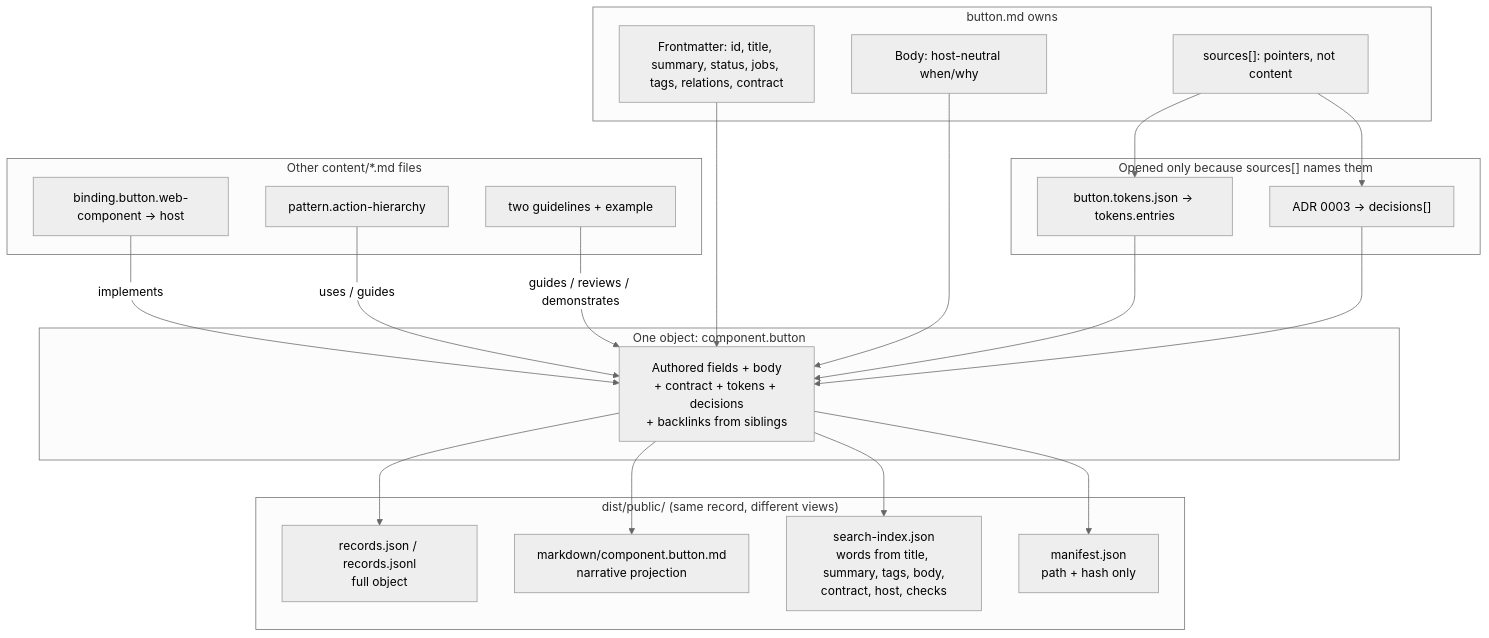
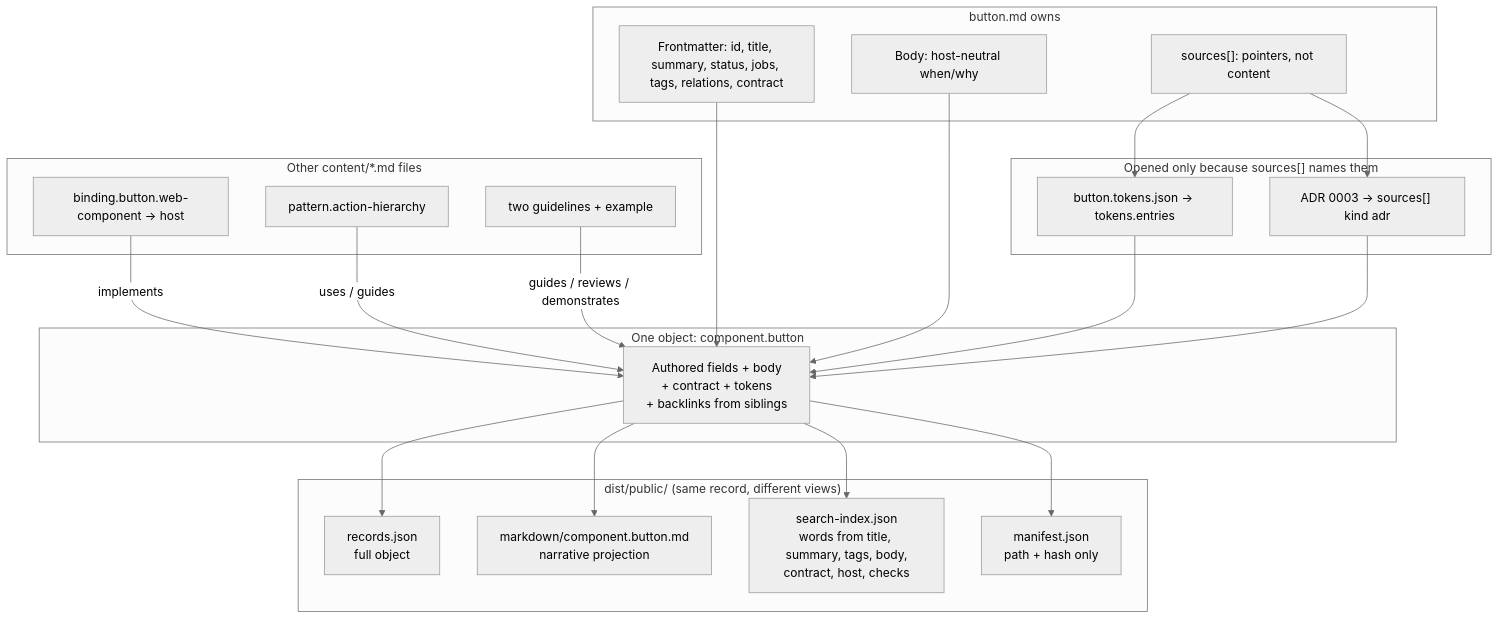
Before and after one commit to stevegreco/taproot: the diagram in docs/knowledge/README.md, drawn with Mermaid (neutral theme). The commit also changed other lines of this file and 16 other files, not shown here.

First line of the commit message:
feat(knowledge): emit internal bundles on demand and drop ADR decisions[]

````diff
--- a/docs/knowledge/README.md
+++ b/docs/knowledge/README.md
@@ -57,44 +58,44 @@
 ```mermaid
 flowchart TB
   subgraph authored["button.md owns"]
     FM["Frontmatter: id, title, summary, status, jobs, tags, relations, contract"]
     BODY["Body: host-neutral when/why"]
     SRC["sources[]: pointers, not content"]
   end
 
   subgraph domain["Opened only because sources[] names them"]
     TOK["button.tokens.json → tokens.entries"]
-    ADR["ADR 0003 → decisions[]"]
+    ADR["ADR 0003 → sources[] kind adr"]
   end
 
   subgraph siblings["Other content/*.md files"]
     BIND["binding.button.web-component → host"]
     PAT["pattern.action-hierarchy"]
     GL["two guidelines + example"]
   end
 
   subgraph record["One object: component.button"]
-    R["Authored fields + body<br/>+ contract + tokens + decisions<br/>+ backlinks from siblings"]
+    R["Authored fields + body<br/>+ contract + tokens<br/>+ backlinks from siblings"]
   end
 
   subgraph dist["dist/public/  (same record, different views)"]
-    JSON["records.json / records.jsonl<br/>full object"]
+    JSON["records.json<br/>full object"]
     MD["markdown/component.button.md<br/>narrative projection"]
     IDX["search-index.json<br/>words from title, summary, tags, body,<br/>contract, host, checks"]
     MAN["manifest.json<br/>path + hash only"]
   end
 
   FM --> R
   BODY --> R
   SRC --> TOK
   SRC --> ADR
   BIND -->|"implements"| R
   TOK --> R
   ADR --> R
   PAT -->|"uses / guides"| R
   GL -->|"guides / reviews / demonstrates"| R
   R --> JSON
   R --> MD
   R --> IDX
   R --> MAN
 ```
````
